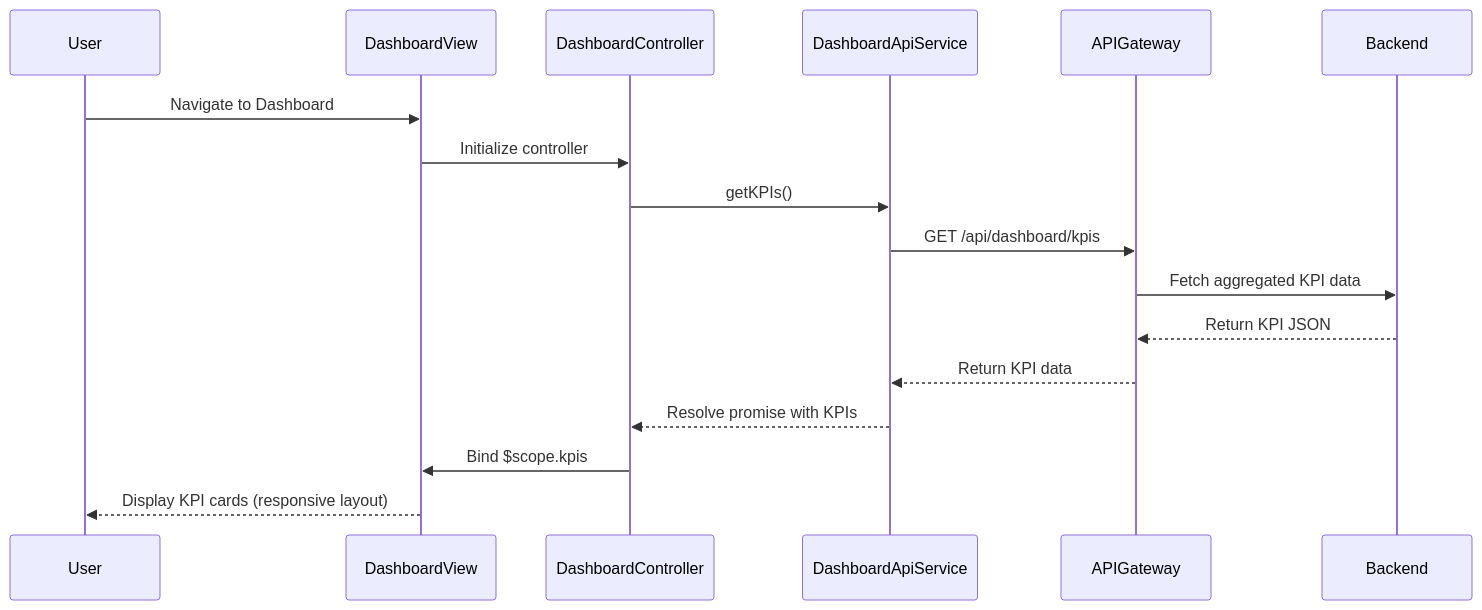
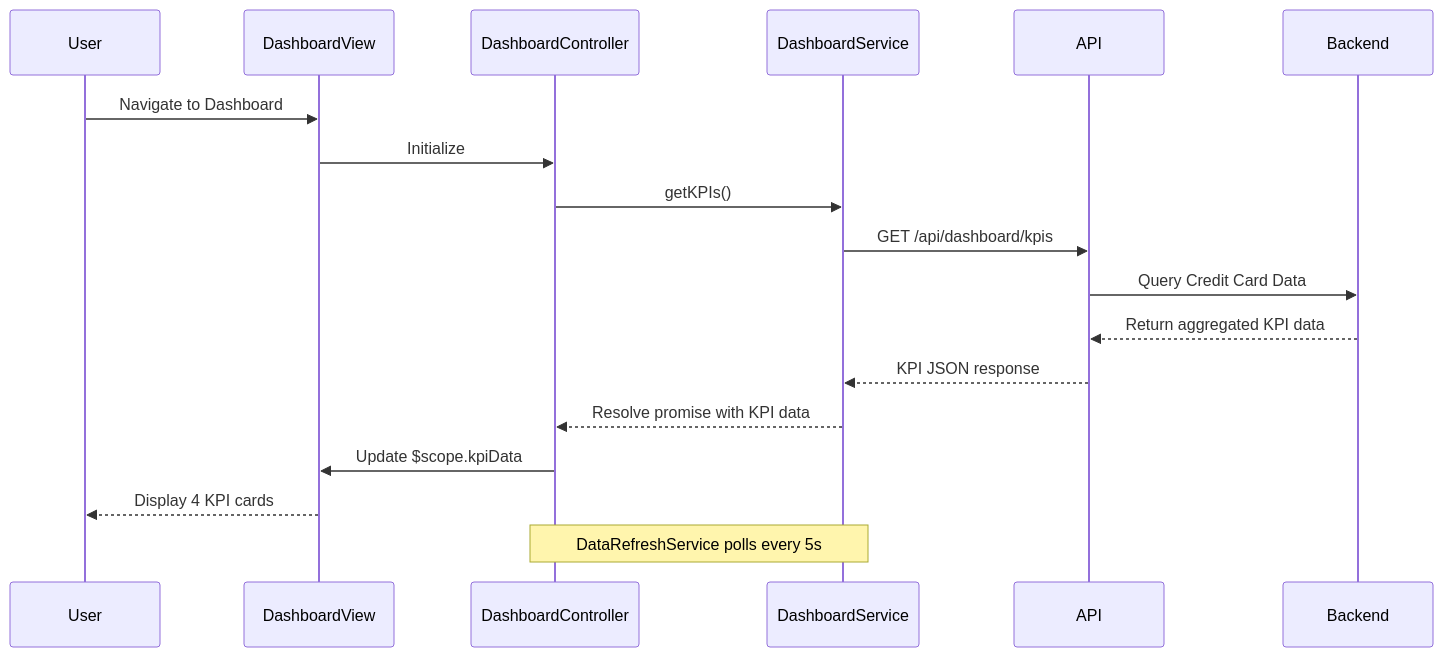
One commit to Davamani-git/APB_Demo changed the diagram in LLD/QE-4628_LLD.md. Above: the diagram before and after it, drawn with Mermaid. The commit also changed other lines of this file and 2 other files, not shown here.

````diff
--- a/LLD/QE-4628_LLD.md
+++ b/LLD/QE-4628_LLD.md
@@ -83,20 +54,21 @@
 ```mermaid
 sequenceDiagram
     participant User
     participant DashboardView
     participant DashboardController
-    participant DashboardApiService
-    participant APIGateway
+    participant DashboardService
+    participant API
     participant Backend
-
+    
     User->>DashboardView: Navigate to Dashboard
-    DashboardView->>DashboardController: Initialize controller
-    DashboardController->>DashboardApiService: getKPIs()
-    DashboardApiService->>APIGateway: GET /api/dashboard/kpis
-    APIGateway->>Backend: Fetch aggregated KPI data
-    Backend-->>APIGateway: Return KPI JSON
-    APIGateway-->>DashboardApiService: Return KPI data
-    DashboardApiService-->>DashboardController: Resolve promise with KPIs
-    DashboardController->>DashboardView: Bind $scope.kpis
-    DashboardView-->>User: Display KPI cards (responsive layout)
+    DashboardView->>DashboardController: Initialize
+    DashboardController->>DashboardService: getKPIs()
+    DashboardService->>API: GET /api/dashboard/kpis
+    API->>Backend: Query Credit Card Data
+    Backend-->>API: Return aggregated KPI data
+    API-->>DashboardService: KPI JSON response
+    DashboardService-->>DashboardController: Resolve promise with KPI data
+    DashboardController->>DashboardView: Update $scope.kpiData
+    DashboardView-->>User: Display 4 KPI cards
+    Note over DashboardController,DashboardService: DataRefreshService polls every 5s
 ```
````
